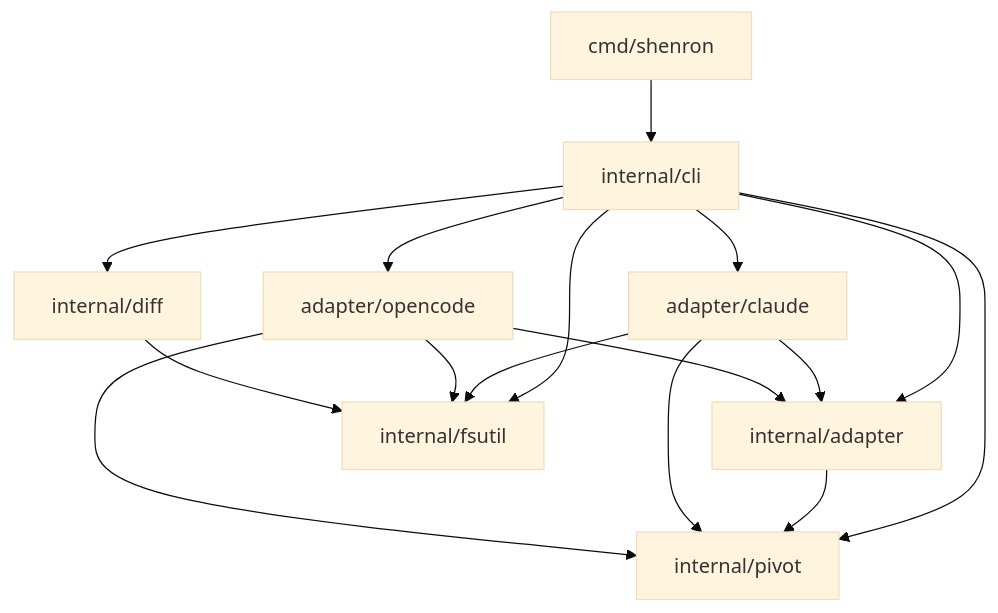
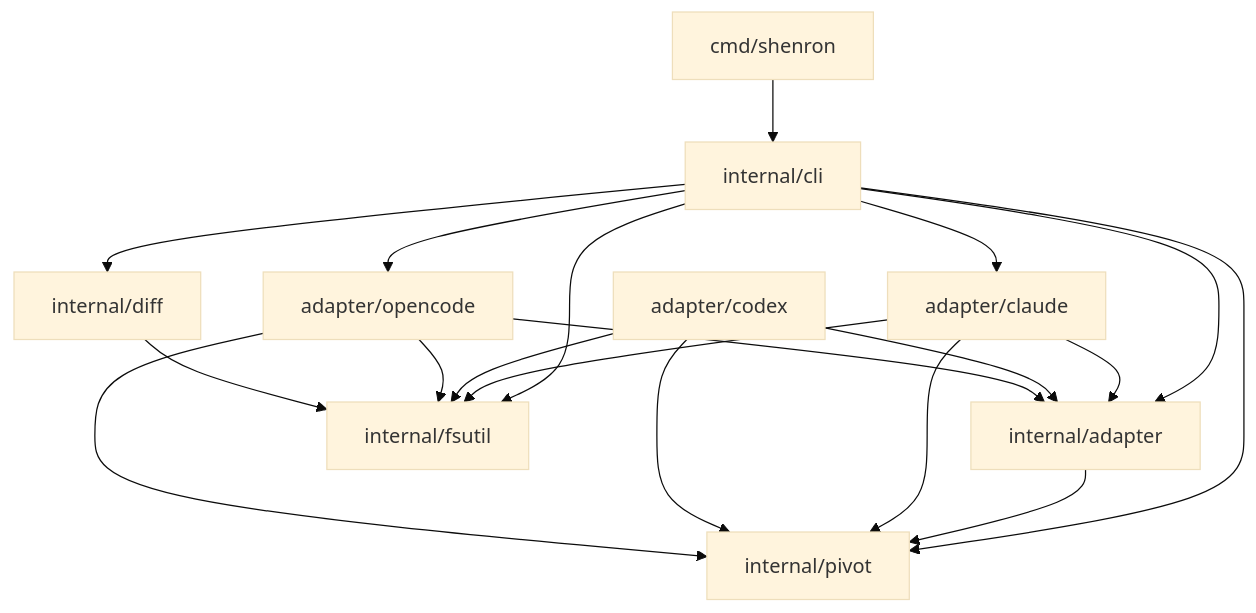
One commit to S1933/AgentSync changed the second of 3 diagrams in docs/ARCHITECTURE.md. Above: the diagram before and after it, drawn with Mermaid (base theme). The commit also changed other lines of this file and 16 other files, not shown here.

````diff
--- a/docs/ARCHITECTURE.md
+++ b/docs/ARCHITECTURE.md
@@ -65,18 +67,21 @@
 ```mermaid
 flowchart TD
     Main[cmd/shenron] --> CLI[internal/cli]
     CLI --> Pivot[internal/pivot]
     CLI --> AdapterInterface[internal/adapter]
     CLI --> Diff[internal/diff]
     CLI --> FS[internal/fsutil]
     AdapterInterface --> Pivot
     Claude[adapter/claude] --> AdapterInterface
     Claude --> Pivot
     Claude --> FS
+    Codex[adapter/codex] --> AdapterInterface
+    Codex --> Pivot
+    Codex --> FS
     OpenCode[adapter/opencode] --> AdapterInterface
     OpenCode --> Pivot
     OpenCode --> FS
     CLI --> Claude
     CLI --> OpenCode
     Diff --> FS
 ```
````
